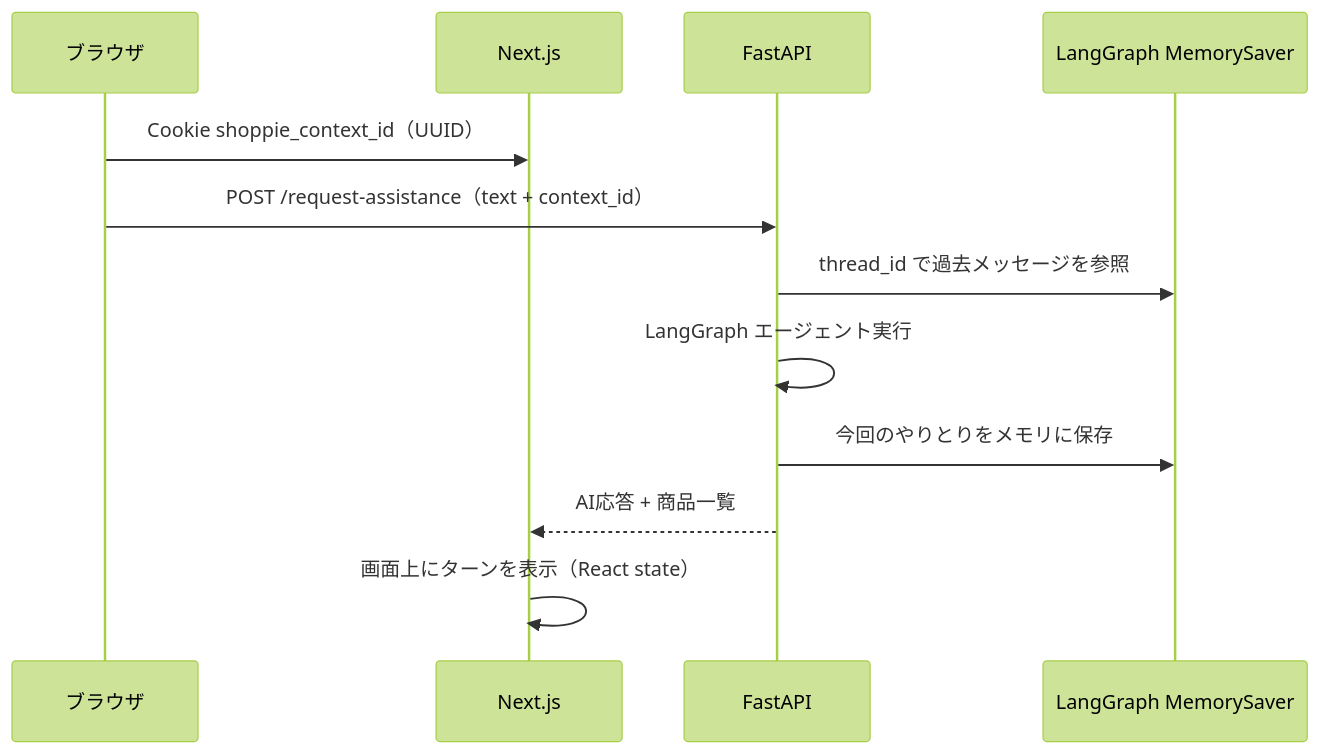
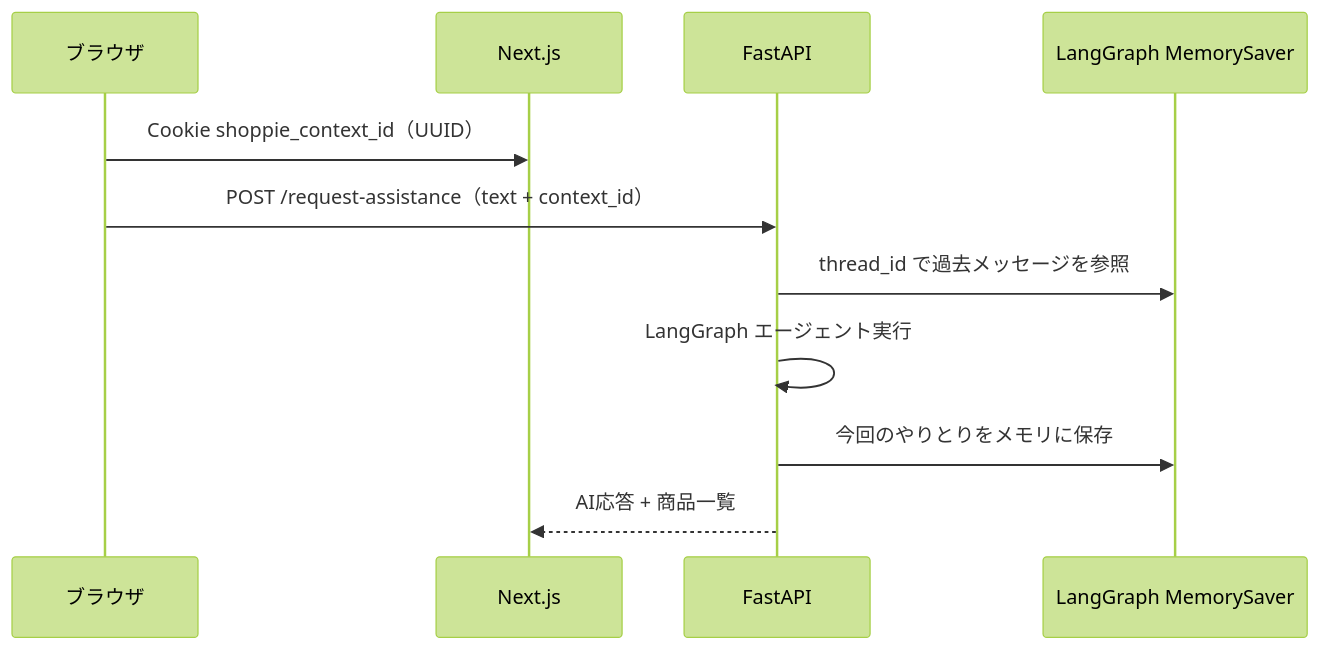
One commit to koichi2426/Shoppie changed the second of 2 diagrams in README.md. Above: the diagram before and after it, drawn with Mermaid (forest theme). The commit also changed other lines of this file and 2 other files, not shown here.

````diff
--- a/README.md
+++ b/README.md
@@ -135,15 +135,14 @@
 ```mermaid
 sequenceDiagram
     participant U as ブラウザ
     participant F as Next.js
     participant A as FastAPI
     participant M as LangGraph MemorySaver
 
     U->>F: Cookie shoppie_context_id（UUID）
     U->>A: POST /request-assistance（text + context_id）
     A->>M: thread_id で過去メッセージを参照
     A->>A: LangGraph エージェント実行
     A->>M: 今回のやりとりをメモリに保存
     A-->>F: AI応答 + 商品一覧
-    F->>F: 画面上にターンを表示（React state）
 ```
````
